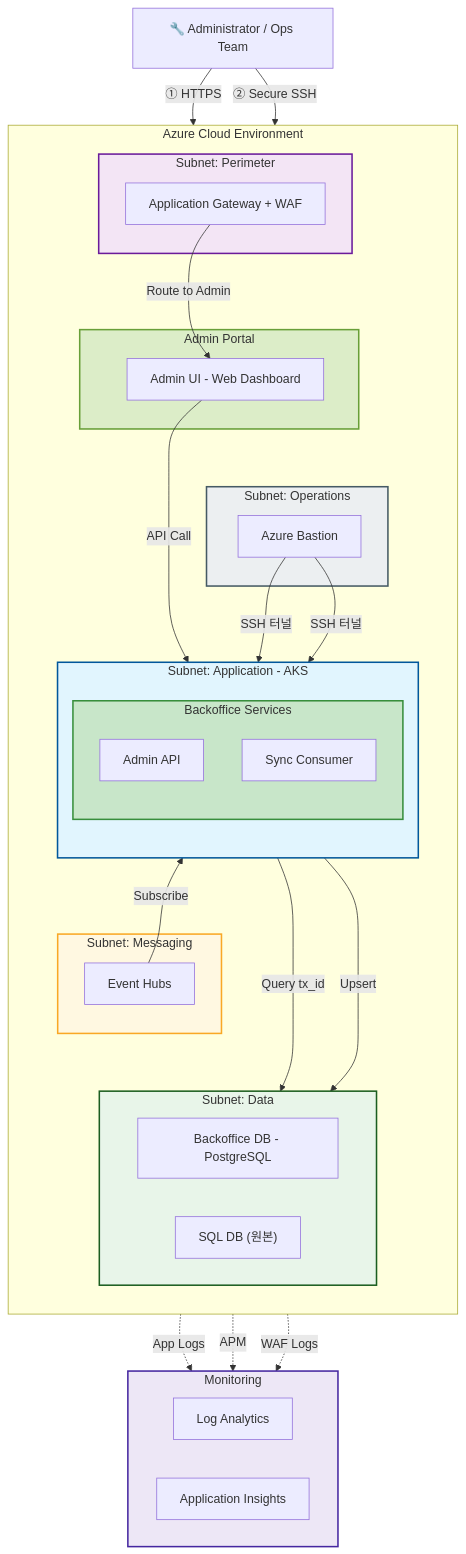
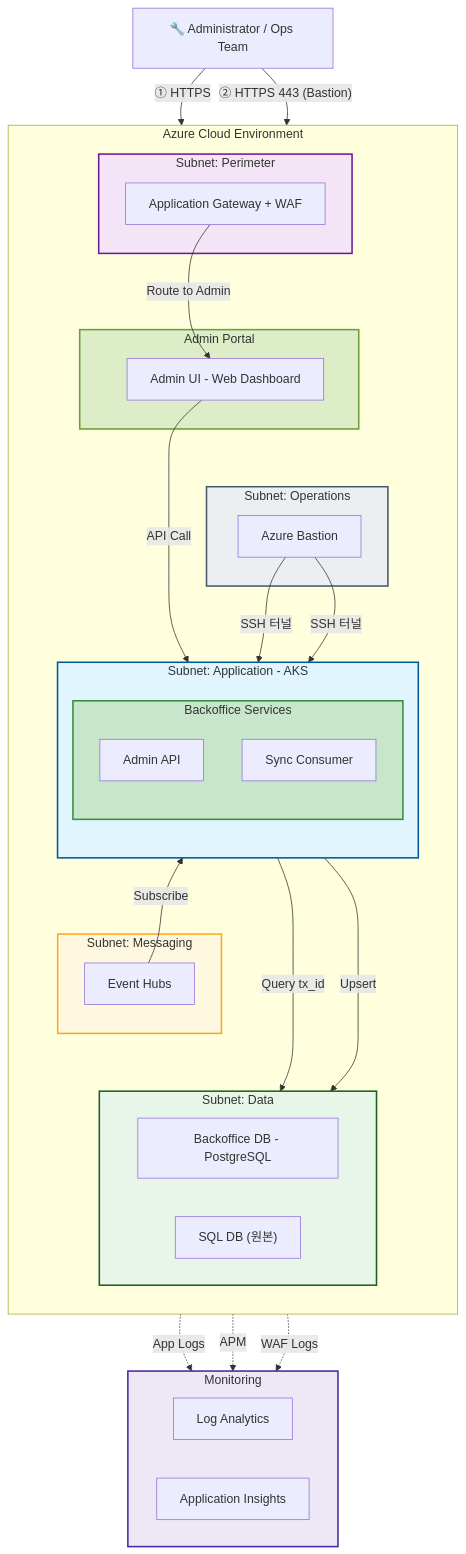
One commit to Naver-Dunamu-Merge-TF/NSC-infra changed the third of 16 diagrams in README.md. Above: the diagram before and after it, drawn with Mermaid. The commit also changed other lines of this file and 1 other file, not shown here.

Commit message:
fix: 2nd review  DNAT 2-plane, Bastion HTTPS 443 labels, RBAC Event Hubs split, SlackTeams unified

````diff
--- a/README.md
+++ b/README.md
@@ -369,79 +369,79 @@
 ```mermaid
 flowchart TB
     Admin["🔧 Administrator / Ops Team"]
 
     subgraph AzureCloud["Azure Cloud Environment"]
         direction TB
 
         subgraph PerimeterSubnet["Subnet: Perimeter"]
             AppGW["Application Gateway + WAF"]
         end
 
         subgraph AdminUISubnet["Admin Portal"]
             AdminUI["Admin UI - Web Dashboard"]
         end
 
         subgraph AppSubnet["Subnet: Application - AKS"]
             direction TB
             subgraph BackofficeServices["Backoffice Services"]
                 AdminAPI["Admin API"]
                 SyncConsumer["Sync Consumer"]
             end
         end
 
         subgraph OpsSubnet["Subnet: Operations"]
             Bastion["Azure Bastion"]
         end
 
         subgraph MsgSubnet["Subnet: Messaging"]
             EventHubs["Event Hubs"]
         end
 
         subgraph DataSubnet["Subnet: Data"]
             direction LR
             BackofficeDB["Backoffice DB - PostgreSQL"]
             SqlDB["SQL DB (원본)"]
         end
     end
 
     subgraph MonitorLayer["Monitoring"]
         direction LR
         LogAnalytics["Log Analytics"]
         AppInsights["Application Insights"]
     end
 
     %% Admin Path (BackOffice)
     Admin -->|"① HTTPS"| AppGW
     AppGW -->|"Route to Admin"| AdminUI
     AdminUI -->|"API Call"| AdminAPI
     AdminAPI -->|"Query tx_id"| BackofficeDB
 
     %% Ops Path (Bastion)
-    Admin -->|"② Secure SSH"| Bastion
+    Admin -->|"② HTTPS 443 (Bastion)"| Bastion
     Bastion -->|"SSH 터널"| AdminAPI
     Bastion -->|"SSH 터널"| SyncConsumer
 
     %% Backoffice Sync Pipeline
     EventHubs -->|"Subscribe"| SyncConsumer
     SyncConsumer -->|"Upsert"| BackofficeDB
 
     %% Monitoring
     AdminAPI -.->|"App Logs"| LogAnalytics
     AdminUI -.->|"APM"| AppInsights
     AppGW -.->|"WAF Logs"| LogAnalytics
 
     %% Ordering
     AppGW ~~~ AdminUI
     AdminUI ~~~ Bastion
     AdminAPI ~~~ EventHubs
     EventHubs ~~~ BackofficeDB
 
     style PerimeterSubnet fill:#f3e5f5,stroke:#6a1b9a,stroke-width:2px
     style AdminUISubnet fill:#dcedc8,stroke:#689f38,stroke-width:2px
     style AppSubnet fill:#e1f5fe,stroke:#01579b,stroke-width:2px
     style BackofficeServices fill:#c8e6c9,stroke:#388e3c,stroke-width:2px
     style OpsSubnet fill:#eceff1,stroke:#455a64,stroke-width:2px
     style MsgSubnet fill:#fff8e1,stroke:#f9a825,stroke-width:2px
     style DataSubnet fill:#e8f5e9,stroke:#1b5e20,stroke-width:2px
     style MonitorLayer fill:#ede7f6,stroke:#4527a0,stroke-width:2px
 ```
````
